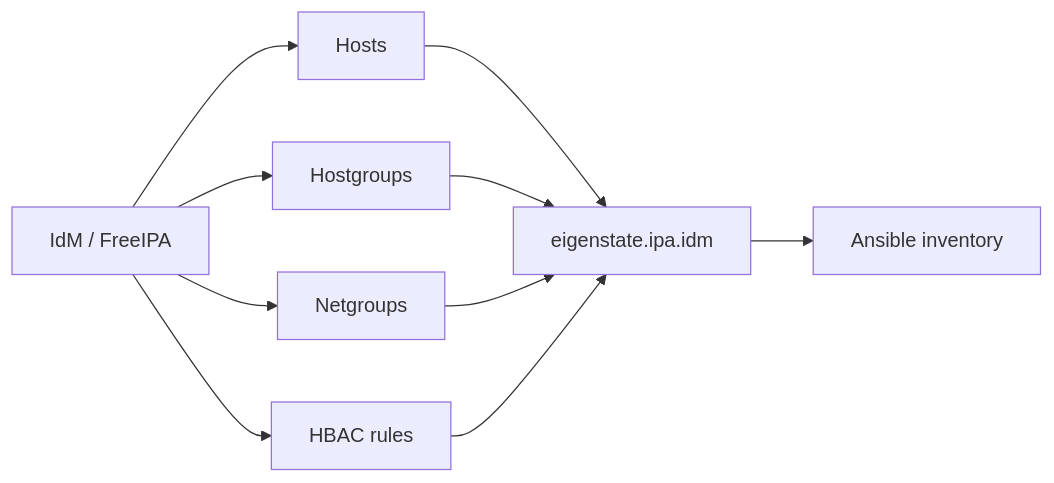
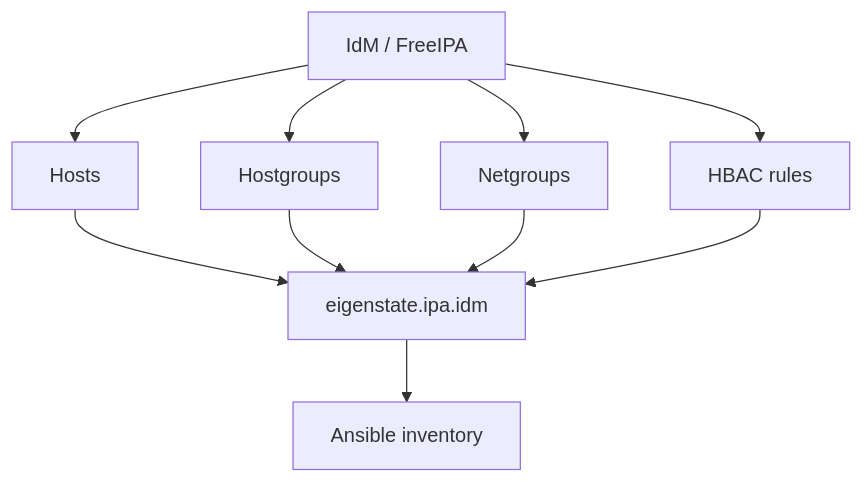
Before and after one commit to gprocunier/eigenstate-ipa: the diagram in docs/inventory-plugin.md, drawn with Mermaid. The commit also changed 12 other files, not shown here.

Commit message:
Clean up Mermaid diagrams across docs

````diff
--- a/docs/inventory-plugin.md
+++ b/docs/inventory-plugin.md
@@ -43,20 +43,20 @@
 ```mermaid
-flowchart LR
+flowchart TD
     idm["IdM / FreeIPA"]
     hosts["Hosts"]
-    hgs["Hostgroups"]
-    ngs["Netgroups"]
+    hostgroups["Hostgroups"]
+    netgroups["Netgroups"]
     hbac["HBAC rules"]
     plugin["eigenstate.ipa.idm"]
     inv["Ansible inventory"]
 
     idm --> hosts
-    idm --> hgs
-    idm --> ngs
+    idm --> hostgroups
+    idm --> netgroups
     idm --> hbac
     hosts --> plugin
-    hgs --> plugin
-    ngs --> plugin
+    hostgroups --> plugin
+    netgroups --> plugin
     hbac --> plugin
     plugin --> inv
 ```
````
